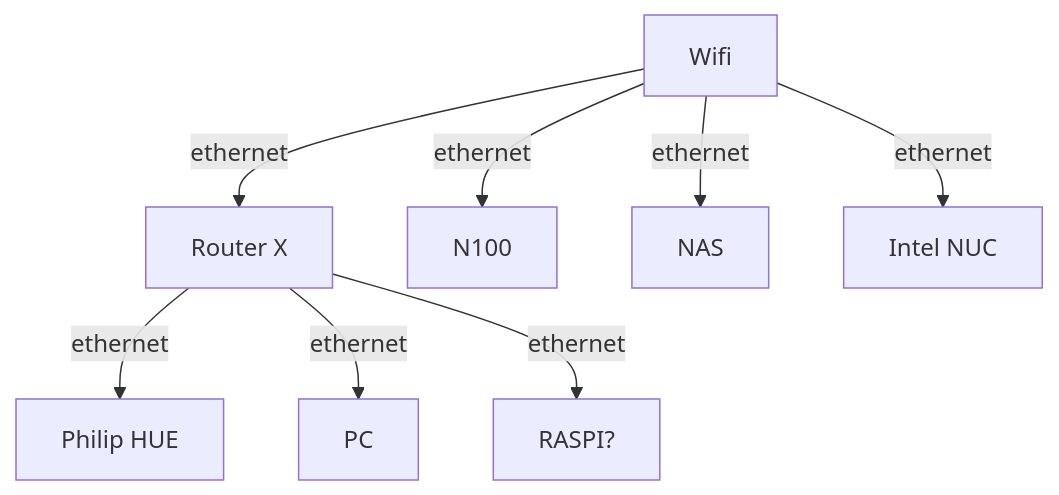
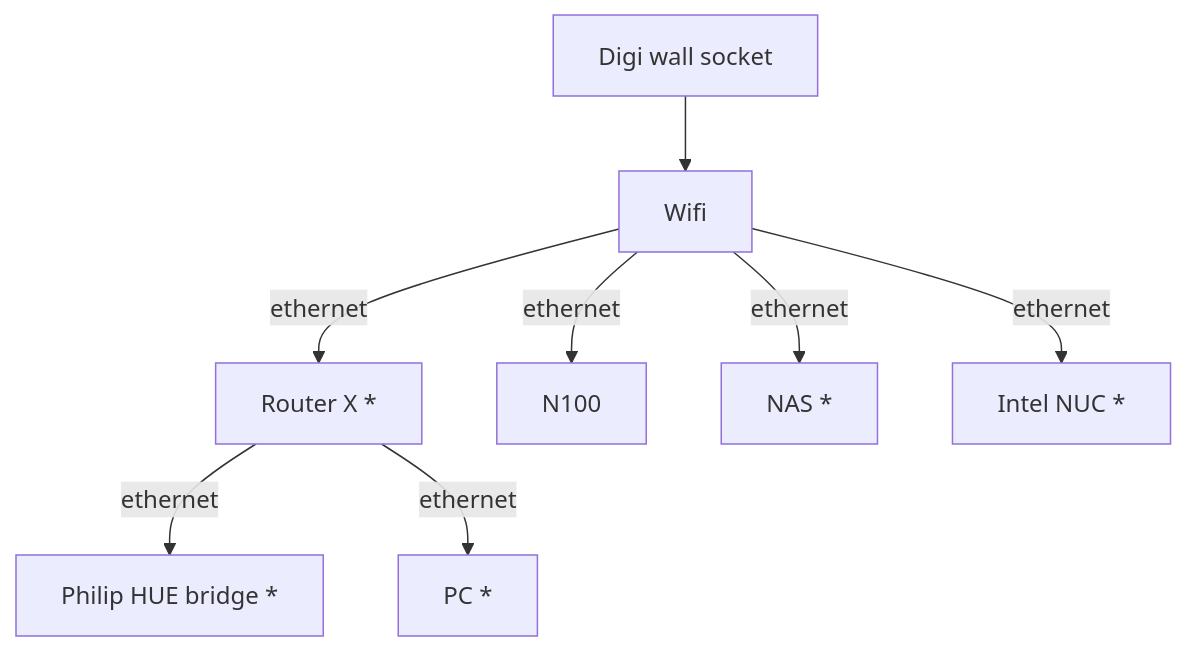
One commit to pstefka/smarthome changed the first of 4 diagrams in README.md. Above: the diagram before and after it, drawn with Mermaid. The commit also changed other lines of this file and 7 other files, not shown here.

````diff
--- a/README.md
+++ b/README.md
@@ -9,11 +11,13 @@
 ```mermaid
 flowchart TD
 
-  W[Wifi] --ethernet--> RX[Router X]
-  W --ethernet--> N100
-  W --ethernet--> NAS
-  W --ethernet--> NUC[Intel NUC]
-  RX --ethernet--> HUE[Philip HUE]
-  RX --ethernet--> PC
-  RX --ethernet--> RASPI?
+D[Digi wall socket]
+W[Wifi]
+D --> W
+W --ethernet--> RX[Router X *]
+W --ethernet--> N100
+W --ethernet--> NAS[NAS *]
+W --ethernet--> NUC[Intel NUC *]
+RX --ethernet--> HUE[Philip HUE bridge *]
+RX --ethernet--> PC[PC *]
 ```
````
